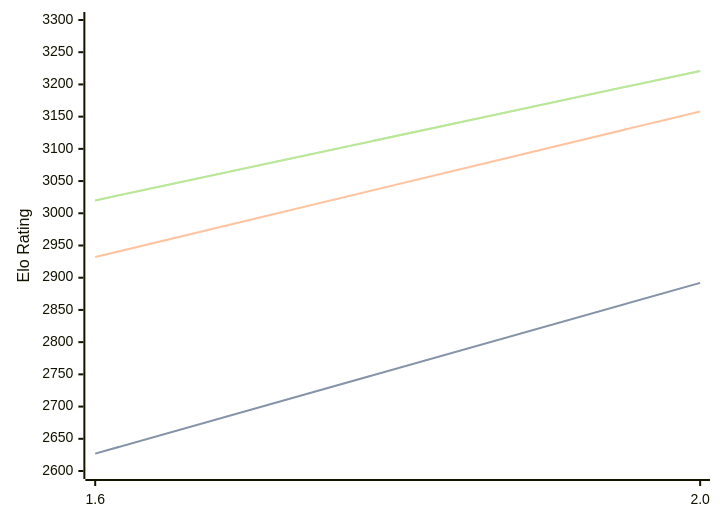
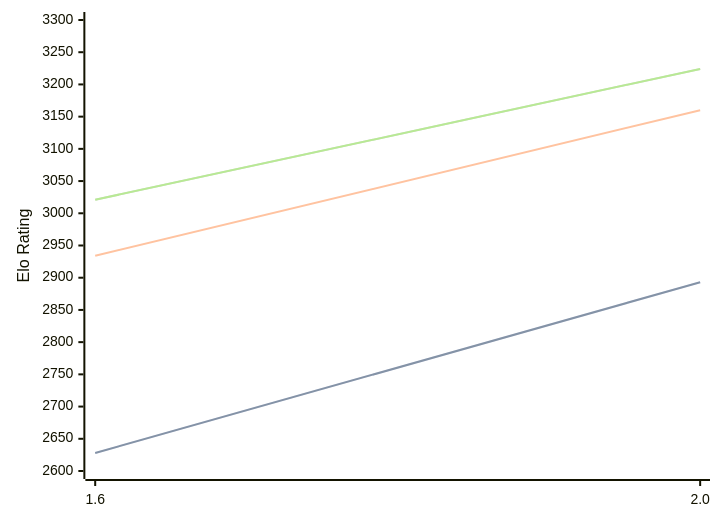
One commit to computer-chess-index/cci changed the diagram in engines/Onyx.md. Above: the diagram before and after it, drawn with Mermaid. The commit also changed other lines of this file, not shown here.

Commit message:
Update CCI Ratings (ELO VLTC) - 2026-09-01

````diff
--- a/engines/Onyx.md
+++ b/engines/Onyx.md
@@ -32,11 +32,11 @@
 ```mermaid
 %%{init: {"theme":"base","themeVariables":{"seriesColors:['#a3a3a3','#222221','#faa371']}}}%%
 xychart-beta
   x-axis ["1.6", "2.0"]
   y-axis "Elo Rating" 2600 --> 3300
-  line "" [2627, 2892]
-  line "STC (8.0+0.08s)" [2627, 2892]
-  line "LTC (60.0+0.60s)" [2932, 3158]
-  line "" [3020, 3221]
-  line "VLTC (2m24s+1.12s)" [3020, 3221]
+  line "" [2628, 2893]
+  line "STC (8.0+0.08s)" [2628, 2893]
+  line "LTC (60.0+0.60s)" [2934, 3160]
+  line "" [3021, 3224]
+  line "VLTC (2m24s+1.12s)" [3021, 3224]
 ```
````
